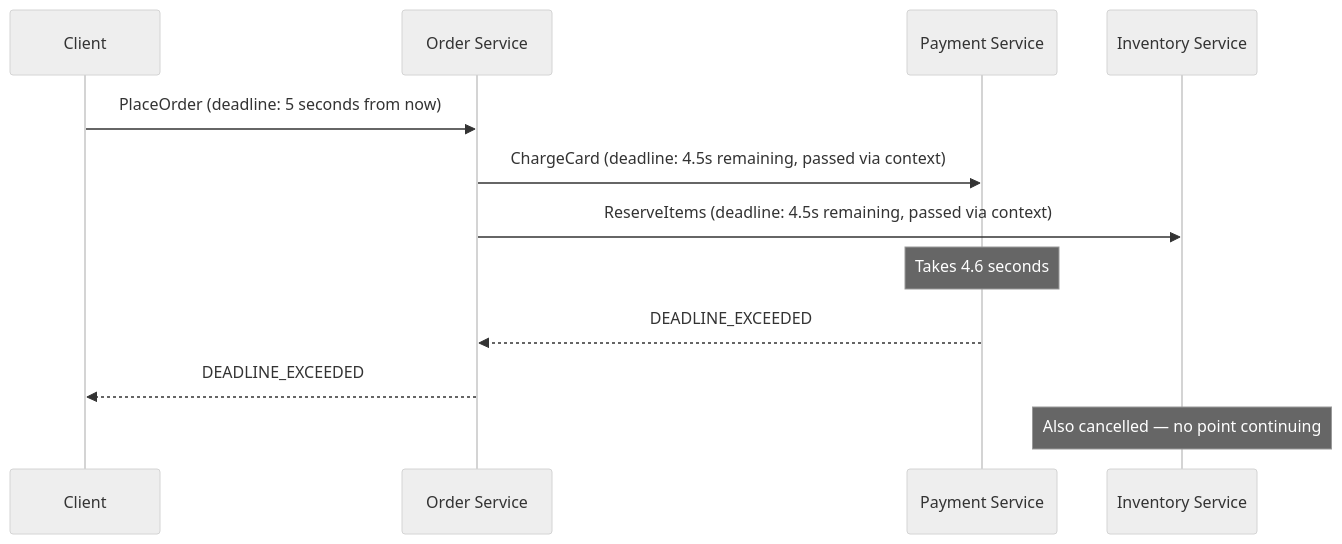
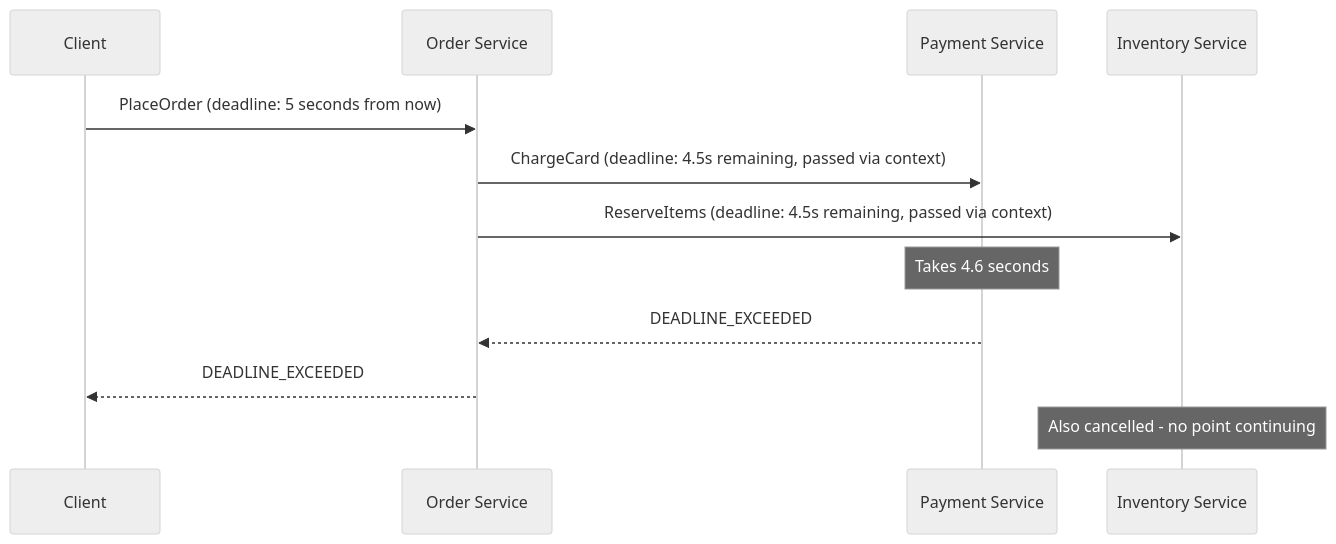
The sixth of 6 diagrams in phase-2-foundations/topic-11-grpc-and-protocol-buffers.md (b-balakrishna/system-design), drawn with Mermaid (neutral theme) before and after one commit. The commit also changed other lines of this file and 165 other files, not shown here.

Commit message:
feat: add comprehensive system design documentation covering foundations, backend, frontend, distributed systems, and AI/ML architectures

````diff
--- a/phase-2-foundations/topic-11-grpc-and-protocol-buffers.md
+++ b/phase-2-foundations/topic-11-grpc-and-protocol-buffers.md
@@ -231,15 +231,15 @@
 ```mermaid
 sequenceDiagram
     participant Client
     participant OrderSvc as Order Service
     participant PaymentSvc as Payment Service
     participant InventorySvc as Inventory Service
 
     Client->>OrderSvc: PlaceOrder (deadline: 5 seconds from now)
     OrderSvc->>PaymentSvc: ChargeCard (deadline: 4.5s remaining, passed via context)
     OrderSvc->>InventorySvc: ReserveItems (deadline: 4.5s remaining, passed via context)
     Note over PaymentSvc: Takes 4.6 seconds
     PaymentSvc-->>OrderSvc: DEADLINE_EXCEEDED
     OrderSvc-->>Client: DEADLINE_EXCEEDED
-    Note over InventorySvc: Also cancelled — no point continuing
+    Note over InventorySvc: Also cancelled  -  no point continuing
 ```
````
